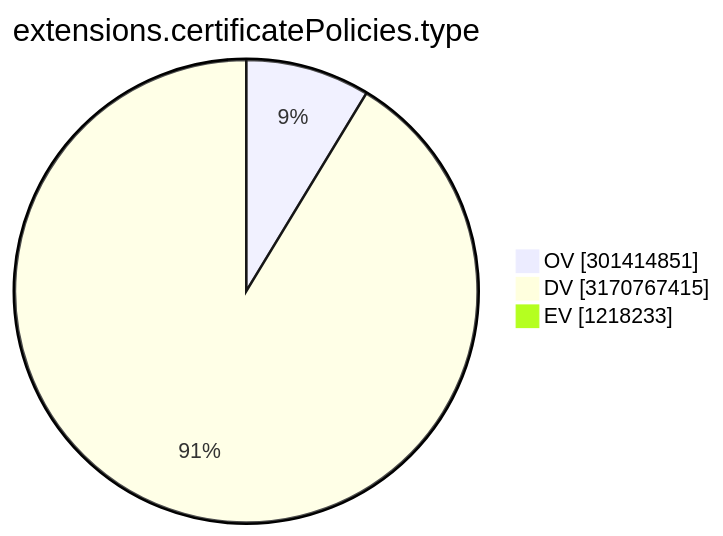
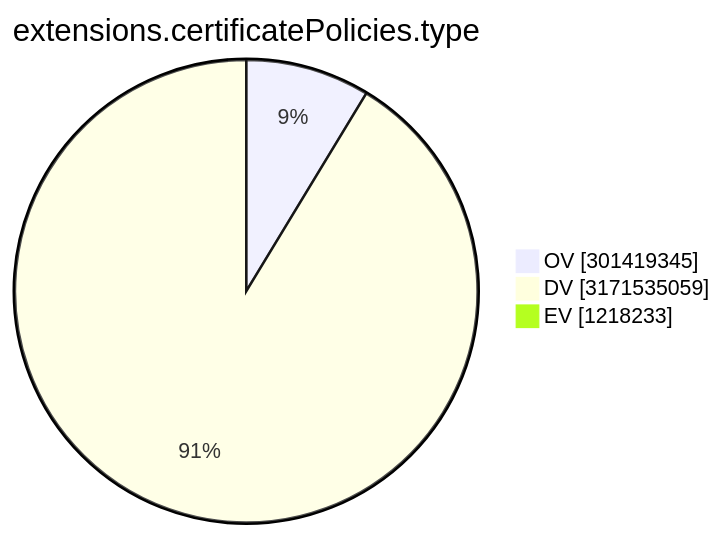
The ninth of 15 diagrams in TOTAL/README.md (christiankrug/ctmonitor_visualization), drawn with Mermaid before and after one commit. The commit also changed other lines of this file, not shown here.

````diff
--- a/TOTAL/README.md
+++ b/TOTAL/README.md
@@ -3105,7 +3105,7 @@
 ```mermaid
 pie showData
 title extensions.certificatePolicies.type
-"OV" :301414851
-"DV" :3170767415
+"OV" :301419345
+"DV" :3171535059
 "EV" :1218233
 ```
````
